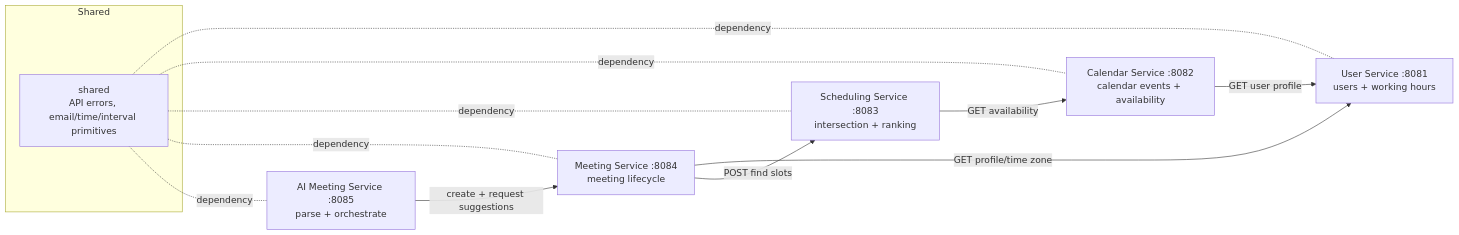
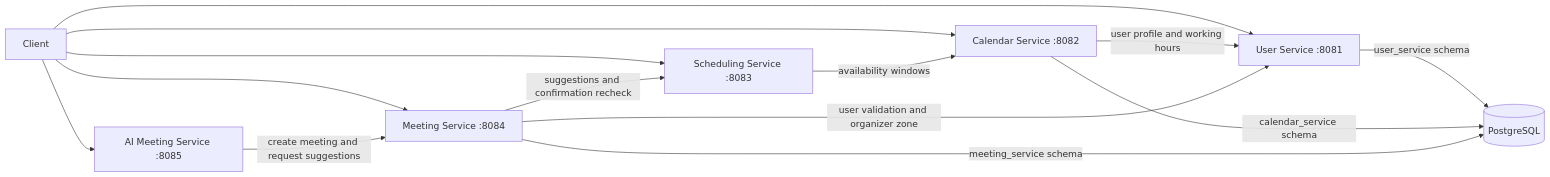
Before and after one commit to abhimayee/smart-meeting-scheduler: the diagram in README.md, drawn with Mermaid. The commit also changed other lines of this file, not shown here.

````diff
--- a/README.md
+++ b/README.md
@@ -226,16 +33,16 @@
-```mermaid
+~~~mermaid
 flowchart LR
-  A[AI Meeting Service :8085\nparse + orchestrate] -->|create + request suggestions| M[Meeting Service :8084\nmeeting lifecycle]
-  C[Calendar Service :8082\ncalendar events + availability] -->|GET user profile| U[User Service :8081\nusers + working hours]
-  S[Scheduling Service :8083\nintersection + ranking] -->|GET availability| C
-  M -->|GET profile/time zone| U
-  M -->|POST find slots| S
-  subgraph Shared
-    SH[shared\nAPI errors, email/time/interval primitives]
-  end
-  SH -. dependency .- U
-  SH -. dependency .- C
-  SH -. dependency .- S
-  SH -. dependency .- M
-  SH -. dependency .- A
-```
+  Client[Client] --> U[User Service :8081]
+  Client --> C[Calendar Service :8082]
+  Client --> S[Scheduling Service :8083]
+  Client --> M[Meeting Service :8084]
+  Client --> A[AI Meeting Service :8085]
+  C -->|user profile and working hours| U
+  S -->|availability windows| C
+  M -->|user validation and organizer zone| U
+  M -->|suggestions and confirmation recheck| S
+  A -->|create meeting and request suggestions| M
+  U -->|user_service schema| DB[(PostgreSQL)]
+  C -->|calendar_service schema| DB
+  M -->|meeting_service schema| DB
+~~~
````
